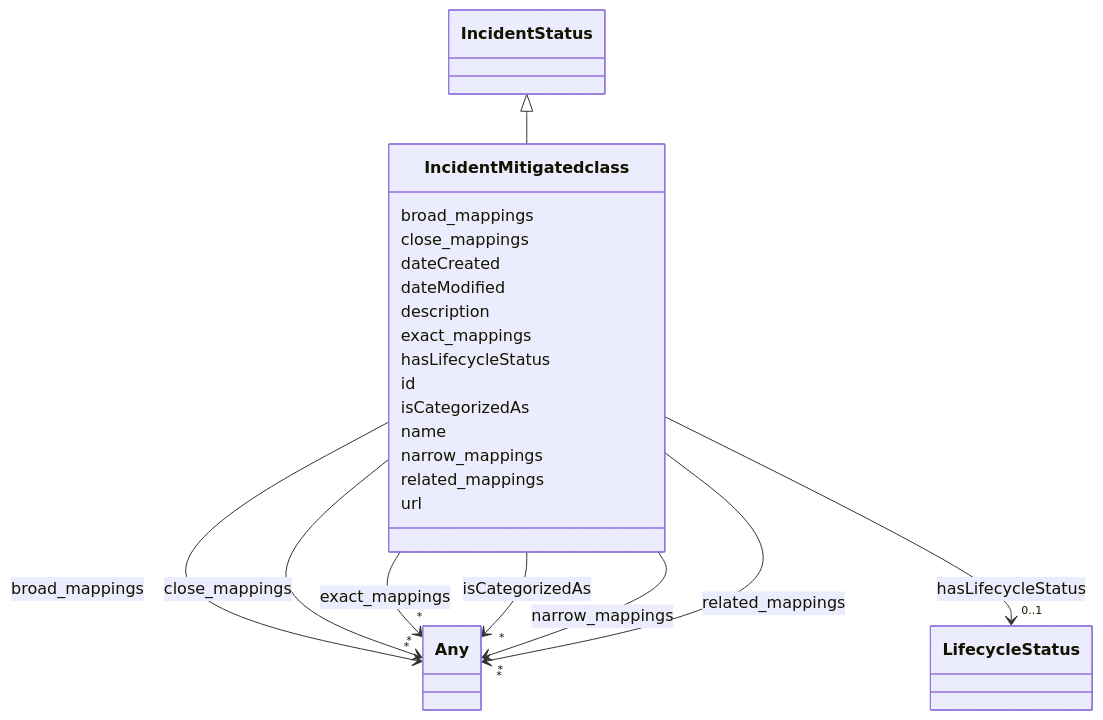
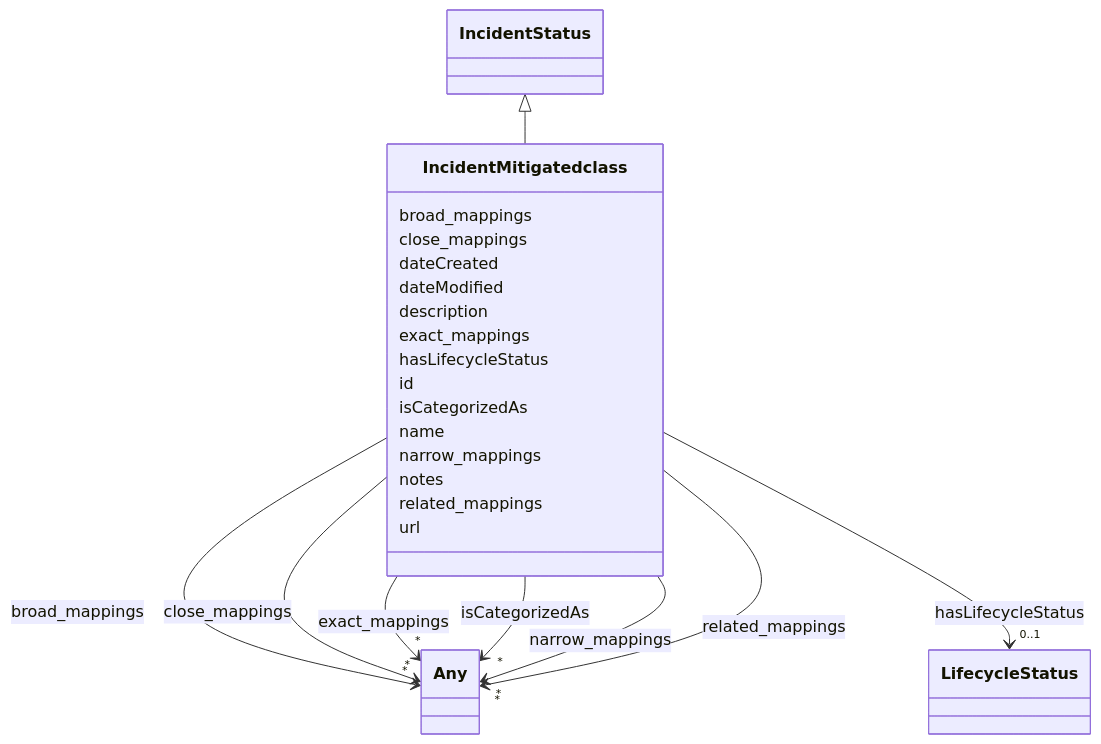
Before and after one commit to ingelise/risk-atlas-nexus: the diagram in docs/ontology/IncidentMitigatedclass.md, drawn with Mermaid. The commit also changed other lines of this file and 318 other files, not shown here.

```diff
--- a/docs/ontology/IncidentMitigatedclass.md
+++ b/docs/ontology/IncidentMitigatedclass.md
@@ -92,6 +92,8 @@
 
 
 
+      IncidentMitigatedclass : notes
+
       IncidentMitigatedclass : related_mappings
 
 
```
